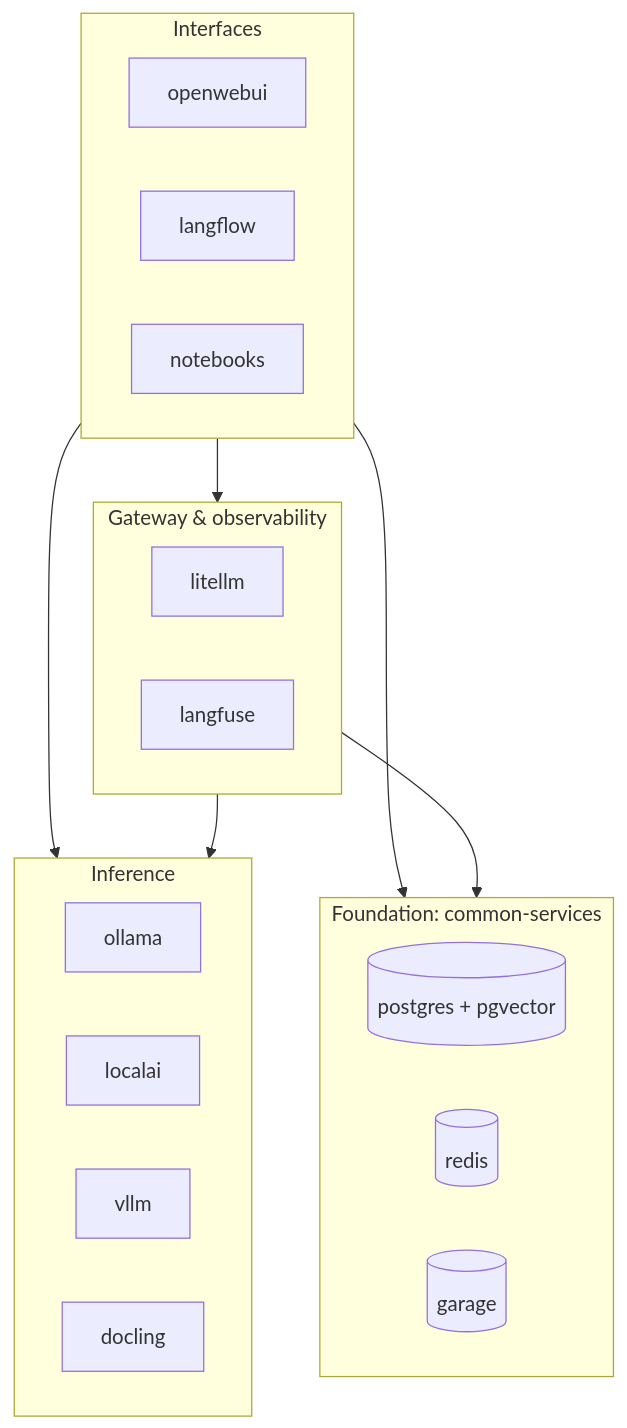
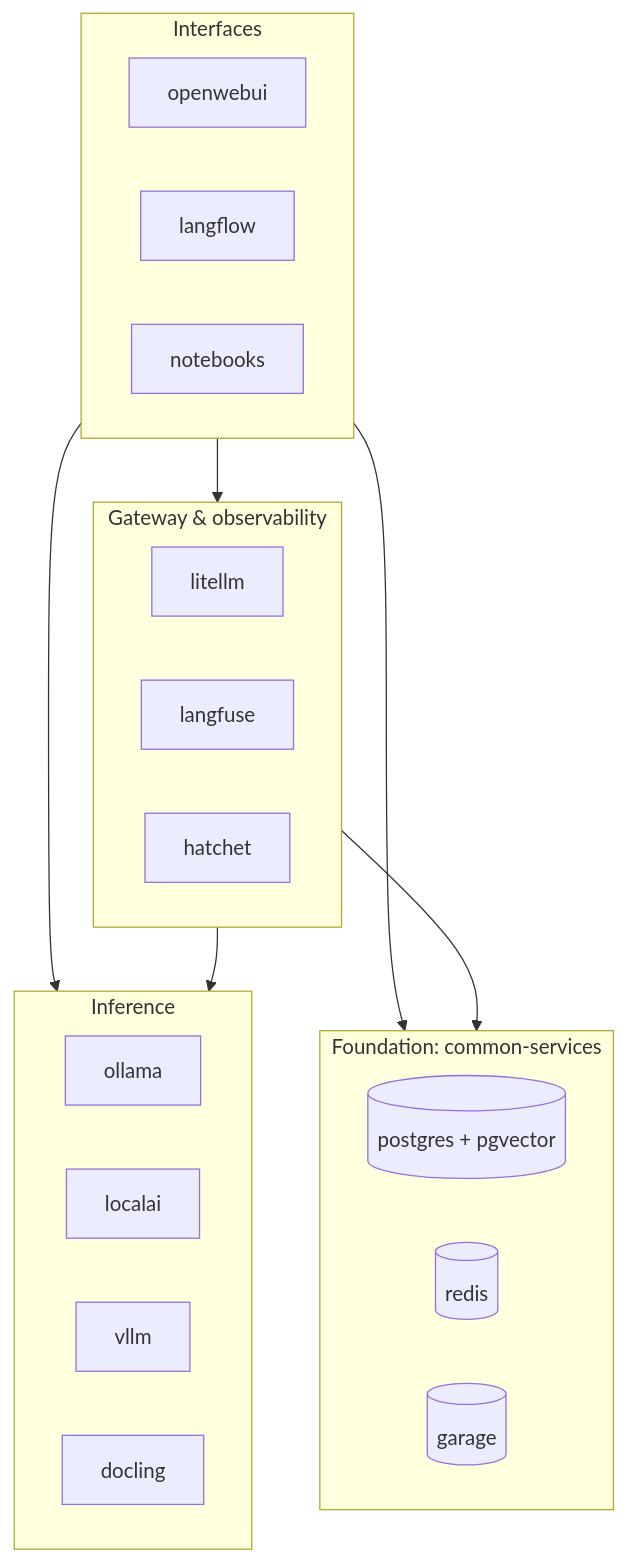
Before and after one commit to arthurTemporim/llm-lab: the first of 2 diagrams in docs/ARCHITECTURE.md, drawn with Mermaid. The commit also changed other lines of this file and 9 other files, not shown here.

````diff
--- a/docs/ARCHITECTURE.md
+++ b/docs/ARCHITECTURE.md
@@ -9,28 +9,29 @@
 ```mermaid
 flowchart TB
     subgraph L4["Interfaces"]
         owui["openwebui"]
         lflow["langflow"]
         jup["notebooks"]
     end
     subgraph L3["Gateway & observability"]
         llm["litellm"]
         lf["langfuse"]
+        ht["hatchet"]
     end
     subgraph L2["Inference"]
         oll["ollama"]
         lai["localai"]
         vl["vllm"]
         dl["docling"]
     end
     subgraph L1["Foundation: common-services"]
         pg[("postgres + pgvector")]
         rd[("redis")]
         mn[("garage")]
     end
     L4 --> L3
     L4 --> L2
     L3 --> L2
     L4 --> L1
     L3 --> L1
 ```
````
